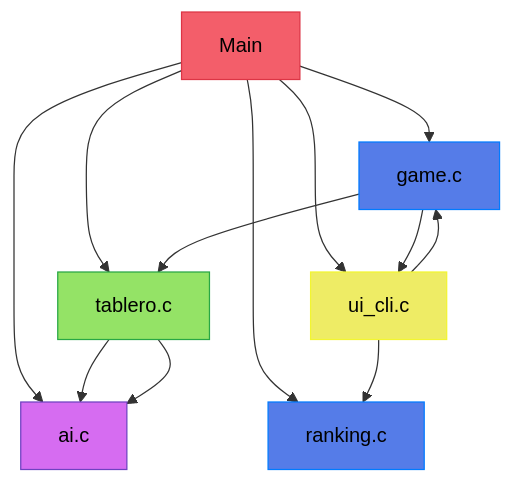
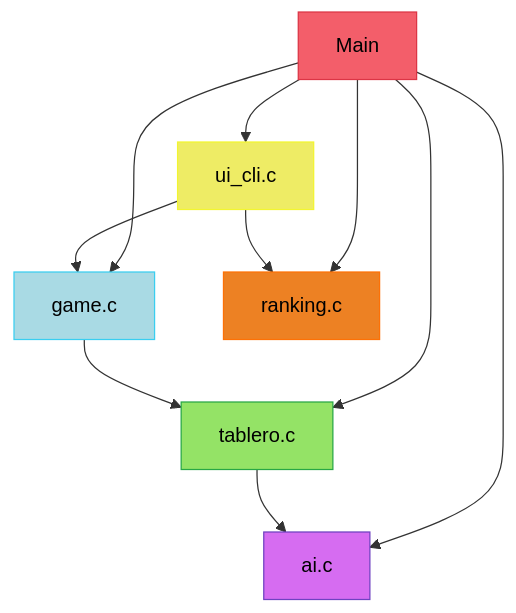
One commit to vrodpi/batalla_naval changed the first of 4 diagrams in README.md. Above: the diagram before and after it, drawn with Mermaid. The commit also changed other lines of this file, not shown here.

````diff
--- a/README.md
+++ b/README.md
@@ -154,31 +166,22 @@
 ```mermaid
-
-graph TD
    
-   
-    Main:::rojo --> Game[game.c]:::azul
+   flowchart TD
+    Main:::rojo --> Game[game.c]:::turquesa
     Main --> UI[ui_cli.c]:::amarillo
     Main --> Tablero[tablero.c]:::verde
     Main --> IA[ai.c]:::violeta
-    Main --> Ranking[ranking.c]:::azul
+    Main --> Ranking[ranking.c]:::naranja
     Tablero --> IA 
     Game --> Tablero
-    Game --> UI
+    UI --> Game
     UI --> Ranking
-    UI --> Game
-    Tablero --> IA
-
-
+   
 
     classDef verde fill: #94e366,stroke: #28a745, color: #000000
-    classDef azul fill: #557ce8,stroke: #007bff, color: #000000
+    classDef naranja fill: #ed8123,stroke: #fd7106, color: #000000
     classDef rojo fill: #f35e6a,stroke: #dc3545, color: #000000
     classDef violeta fill: #d66cf1,stroke: #6f42c1, color: #000000
     classDef turquesa fill: #a9dae4,stroke: #3acef0,color: #000000
     classDef amarillo fill: #eeec65,stroke: #f2f531,color: #000000
 
-
-
-
-
 ```
````
